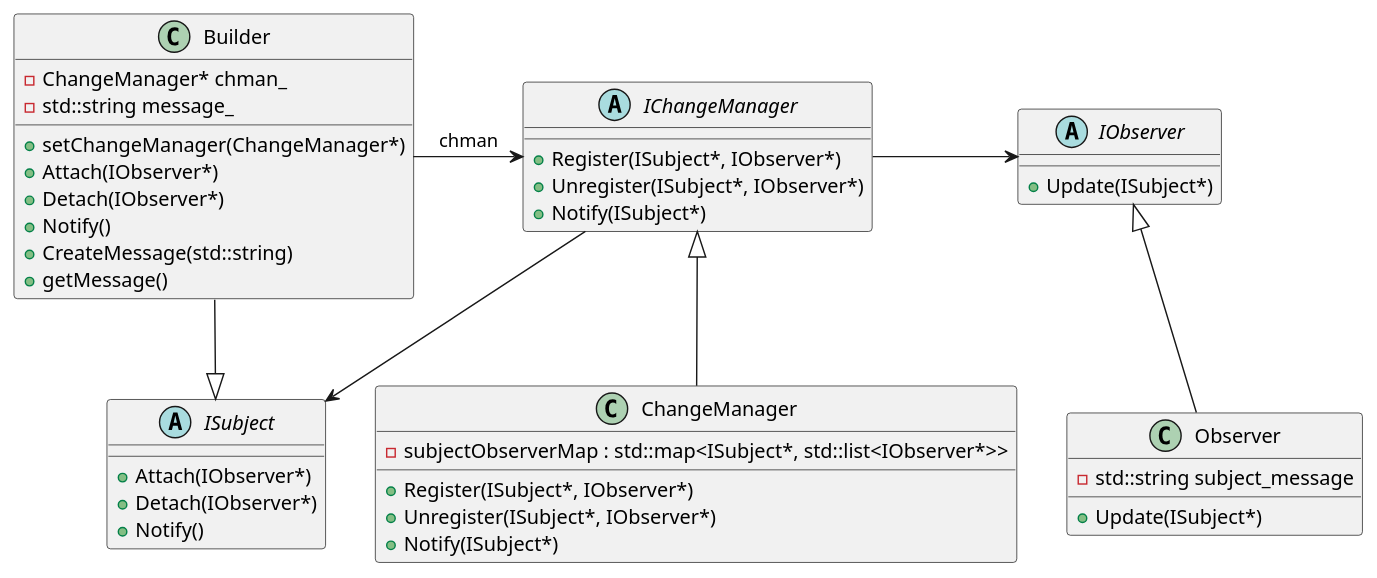
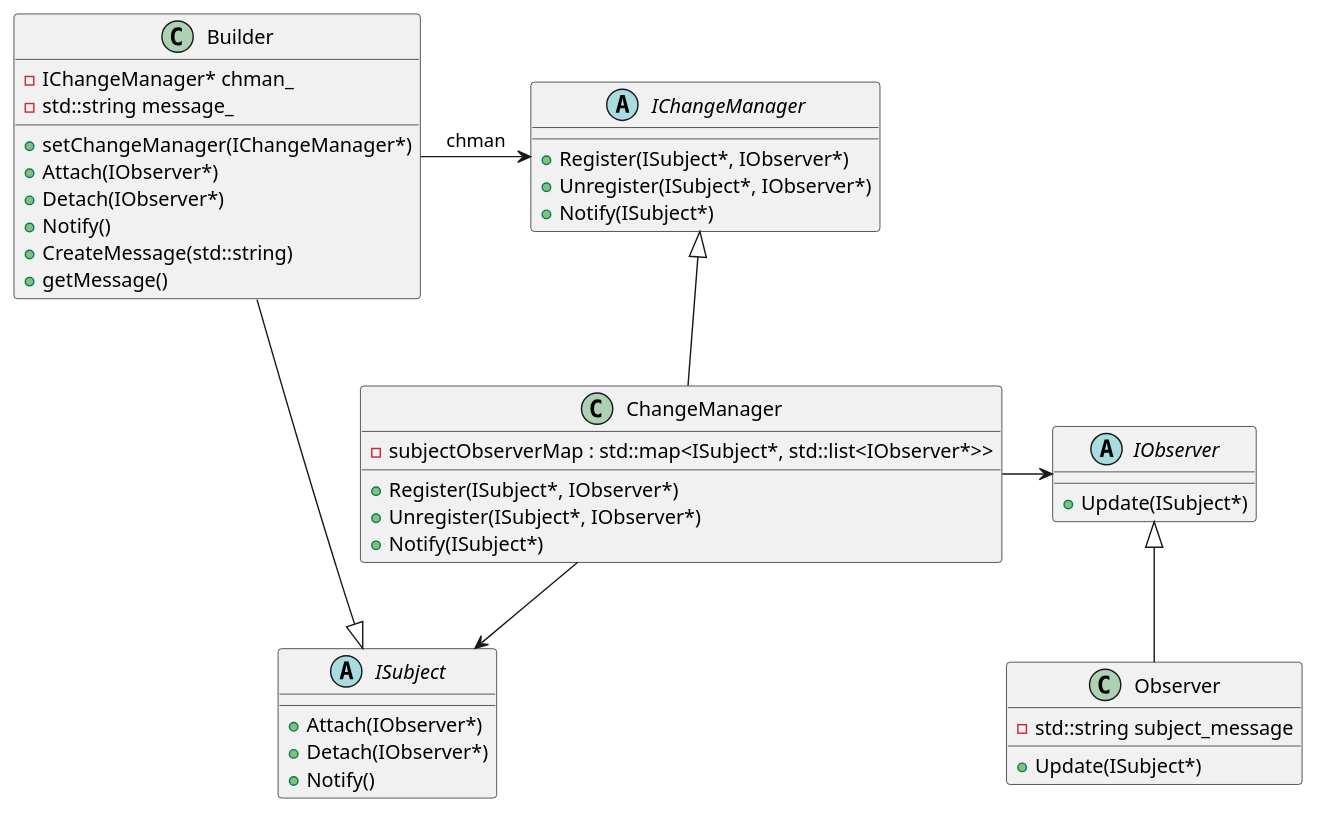
Before and after one commit to AdamBaumgartner42/patterns_605_707: the diagram in uml/observer2.puml, drawn with PlantUML. The commit also changed 2 other files, not shown here.

```diff
--- a/uml/observer2.puml
+++ b/uml/observer2.puml
@@ -1,58 +1,58 @@
 @startuml
 
 
 abstract class ISubject{
     + Attach(IObserver*)
     + Detach(IObserver*)
     + Notify()
 }
 
 abstract class IObserver{
     + Update(ISubject*)
 }
 
 abstract class IChangeManager{
     + Register(ISubject*, IObserver*)
     + Unregister(ISubject*, IObserver*)
     + Notify(ISubject*)
 }
 
 
 class Builder {
-    - ChangeManager* chman_
+    - IChangeManager* chman_
     - std::string message_
-    + setChangeManager(ChangeManager*)
+    + setChangeManager(IChangeManager*)
     + Attach(IObserver*)
     + Detach(IObserver*)
     + Notify()
     + CreateMessage(std::string)
     + getMessage()
 }
 
 class ChangeManager {
     - subjectObserverMap : std::map<ISubject*, std::list<IObserver*>>
     + Register(ISubject*, IObserver*)
     + Unregister(ISubject*, IObserver*)
     + Notify(ISubject*)
 
 
 }
 
 
 class Observer {
     - std::string subject_message
     + Update(ISubject*)
 }
 
 
 ISubject <|-- Builder
 IObserver <|-- Observer
 IChangeManager <|-- ChangeManager
 
 
 Builder -> IChangeManager : chman
-IChangeManager -> IObserver
-IChangeManager -->ISubject
+ChangeManager -> IObserver
+ChangeManager --> ISubject
 
 
 @enduml
```
